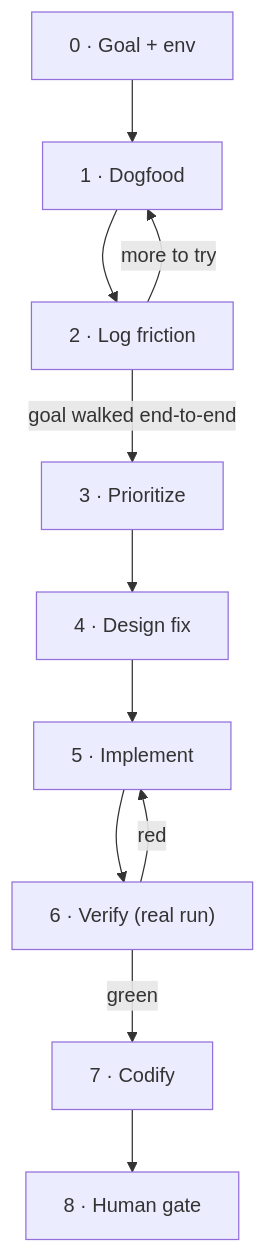
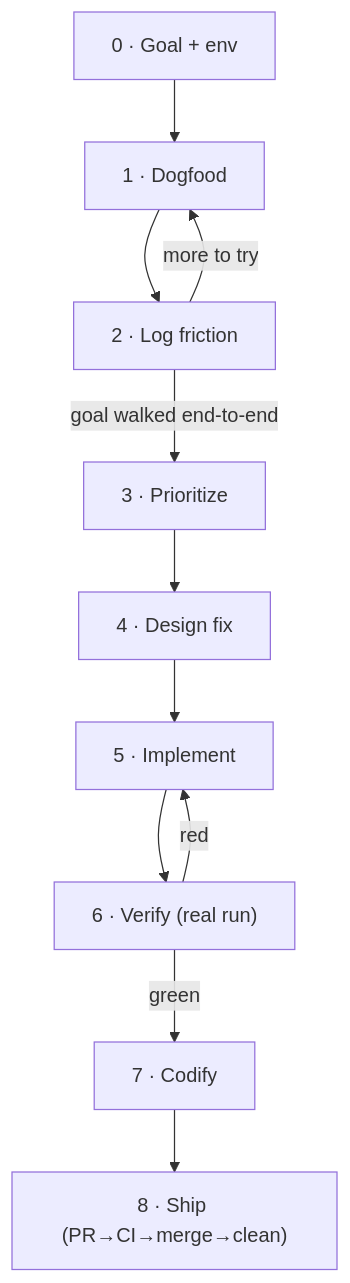
One commit to ForgeaX-Games/forgeax-editor changed the second of 2 diagrams in skills/forgeax-editor-solo/SKILL.md. Above: the diagram before and after it, drawn with Mermaid. The commit also changed other lines of this file and 5 other files, not shown here.

````diff
--- a/skills/forgeax-editor-solo/SKILL.md
+++ b/skills/forgeax-editor-solo/SKILL.md
@@ -80,13 +80,13 @@
 ```mermaid
 flowchart TD
   G["0 · Goal + env"] --> DF["1 · Dogfood"]
   DF --> LF["2 · Log friction"]
   LF -->|"more to try"| DF
   LF -->|"goal walked end-to-end"| PR["3 · Prioritize"]
   PR --> DS["4 · Design fix"]
   DS --> IM["5 · Implement"]
   IM --> VF["6 · Verify (real run)"]
   VF -->|"green"| CD["7 · Codify"]
   VF -->|"red"| IM
-  CD --> Ask["8 · Human gate"]
+  CD --> Ask["8 · Ship (PR→CI→merge→clean)"]
 ```
````
